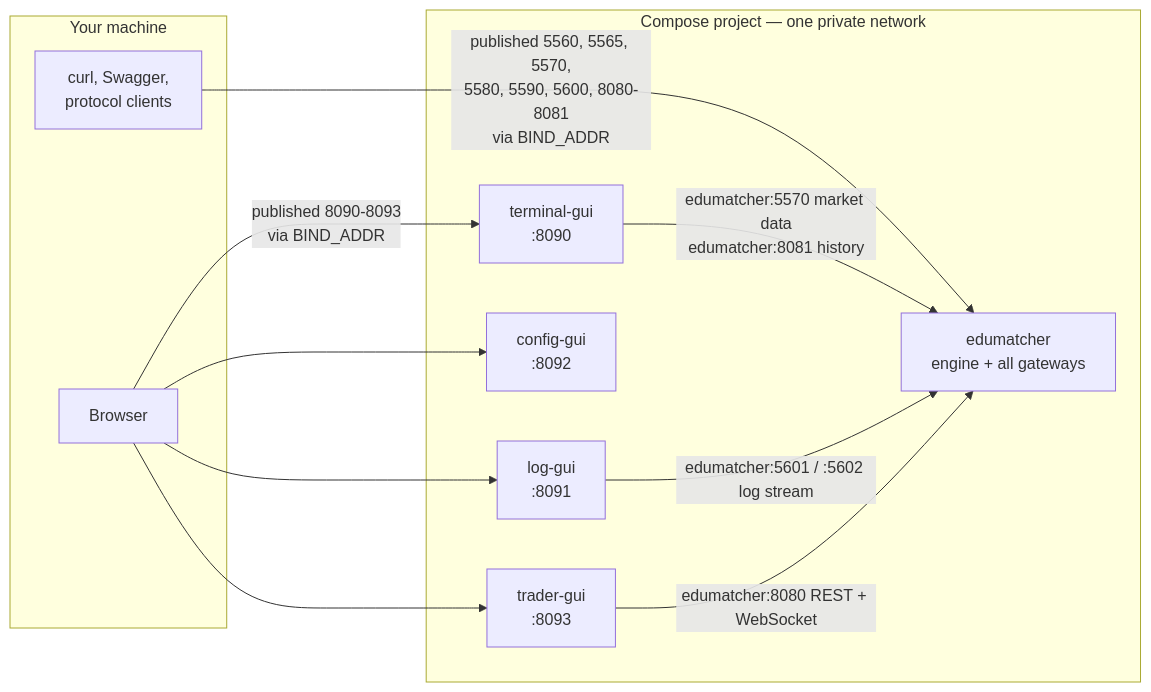
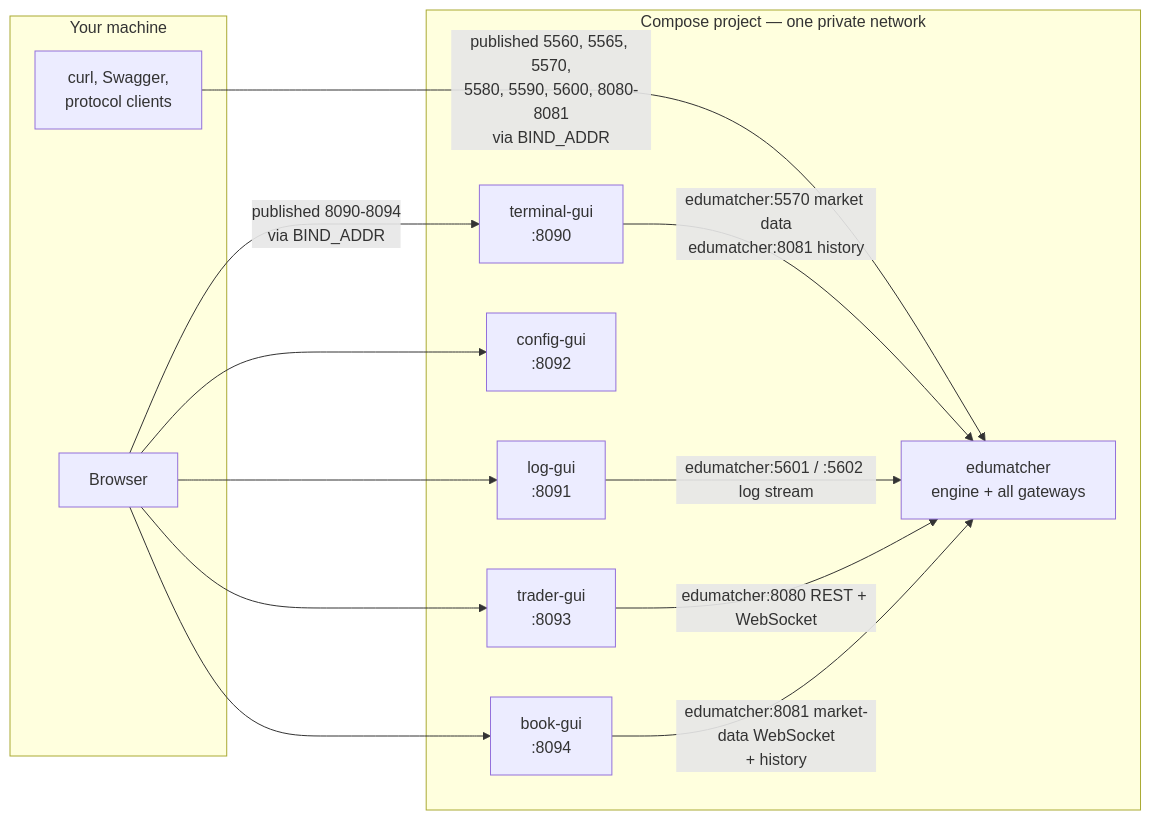
One commit to johan162/EduMatcher changed the first of 2 diagrams in docs/user-guide/005-installation.md. Above: the diagram before and after it, drawn with Mermaid. The commit also changed other lines of this file and 25 other files, not shown here.

Commit message:
feat(deploy): ship book-gui with up-all, the curl install and GHCR

````diff
--- a/docs/user-guide/005-installation.md
+++ b/docs/user-guide/005-installation.md
@@ -363,25 +374,28 @@
 ```mermaid
 flowchart LR
     subgraph host["Your machine"]
         BROWSER["Browser"]
         CLIENT["curl, Swagger,\nprotocol clients"]
     end
 
     subgraph project["Compose project — one private network"]
         TERM["terminal-gui\n:8090"]
         LOG["log-gui\n:8091"]
         CFG["config-gui\n:8092"]
         TRD["trader-gui\n:8093"]
+        BOOK["book-gui\n:8094"]
         BE["edumatcher\nengine + all gateways"]
     end
 
-    BROWSER -->|"published 8090-8093\nvia BIND_ADDR"| TERM
+    BROWSER -->|"published 8090-8094\nvia BIND_ADDR"| TERM
     BROWSER --> LOG
     BROWSER --> CFG
     BROWSER --> TRD
+    BROWSER --> BOOK
     CLIENT -->|"published 5560, 5565, 5570,\n5580, 5590, 5600, 8080-8081\nvia BIND_ADDR"| BE
 
     TERM -->|"edumatcher:5570 market data\nedumatcher:8081 history"| BE
     LOG -->|"edumatcher:5601 / :5602 log stream"| BE
     TRD -->|"edumatcher:8080 REST + WebSocket"| BE
+    BOOK -->|"edumatcher:8081 market-data WebSocket\n+ history"| BE
 ```
````
